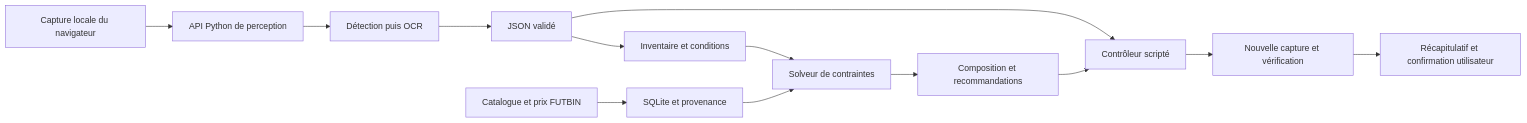
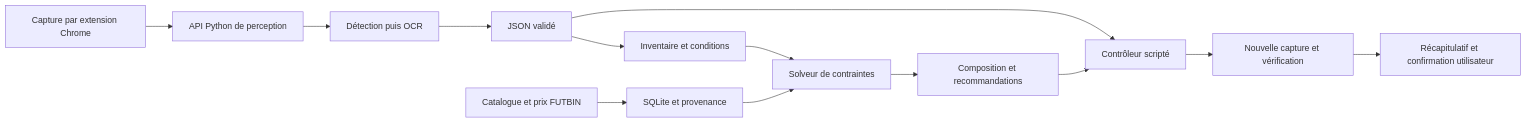
One commit to rayanmzr/SBC-Vision changed the diagram in docs/ARCHITECTURE.md. Above: the diagram before and after it, drawn with Mermaid. The commit also changed other lines of this file and 18 other files, not shown here.

````diff
--- a/docs/ARCHITECTURE.md
+++ b/docs/ARCHITECTURE.md
@@ -3,15 +3,15 @@
 ```mermaid
 flowchart LR
-    A[Capture locale du navigateur] --> B[API Python de perception]
+    A[Capture par extension Chrome] --> B[API Python de perception]
     B --> C[Détection puis OCR]
     C --> D[JSON validé]
     D --> E[Contrôleur scripté]
     D --> F[Inventaire et conditions]
     G[Catalogue et prix FUTBIN] --> H[SQLite et provenance]
     F --> I[Solveur de contraintes]
     H --> I
     I --> J[Composition et recommandations]
     J --> E
     E --> K[Nouvelle capture et vérification]
     K --> L[Récapitulatif et confirmation utilisateur]
 ```
````
